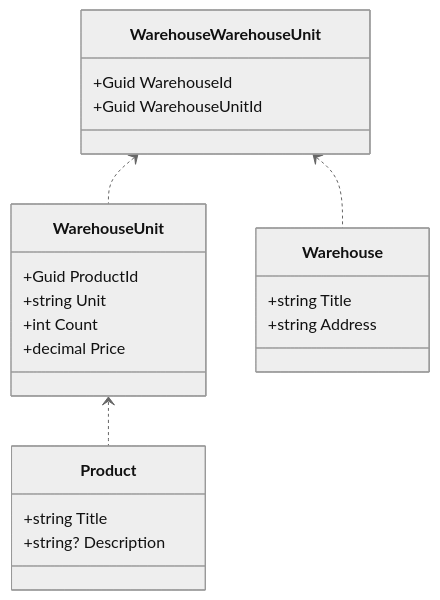
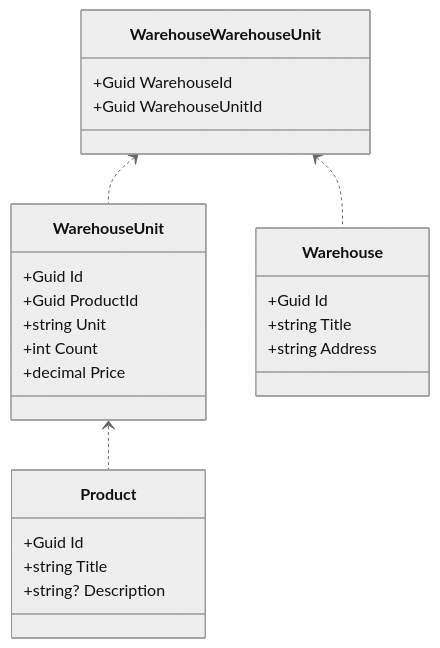
One commit to DenchikSlaziet/WarehouseManagementAPI changed the diagram in README.md. Above: the diagram before and after it, drawn with Mermaid (neutral theme).

````diff
--- a/README.md
+++ b/README.md
@@ -12,24 +12,27 @@
 ```mermaid
     classDiagram
     WarehouseUnit <.. Product
     WarehouseWarehouseUnit <.. WarehouseUnit
     WarehouseWarehouseUnit <.. Warehouse
     class Product {
+        +Guid Id
         +string Title
         +string? Description
     }
     class Warehouse {
+        +Guid Id
         +string Title
         +string Address
     }
     class WarehouseUnit {
+        +Guid Id
         +Guid ProductId
         +string Unit
         +int Count
         +decimal Price
     }
     class WarehouseWarehouseUnit {
         +Guid WarehouseId   
         +Guid WarehouseUnitId            
     }    
 ```
````
